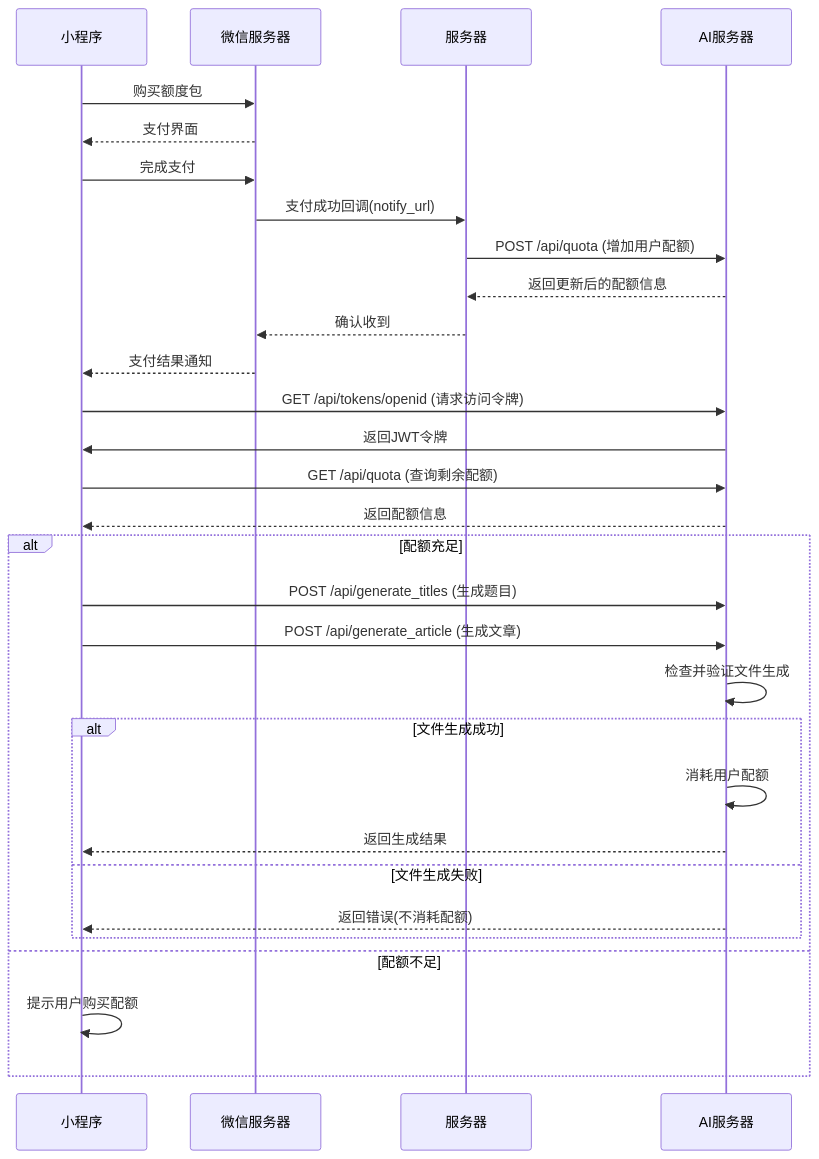
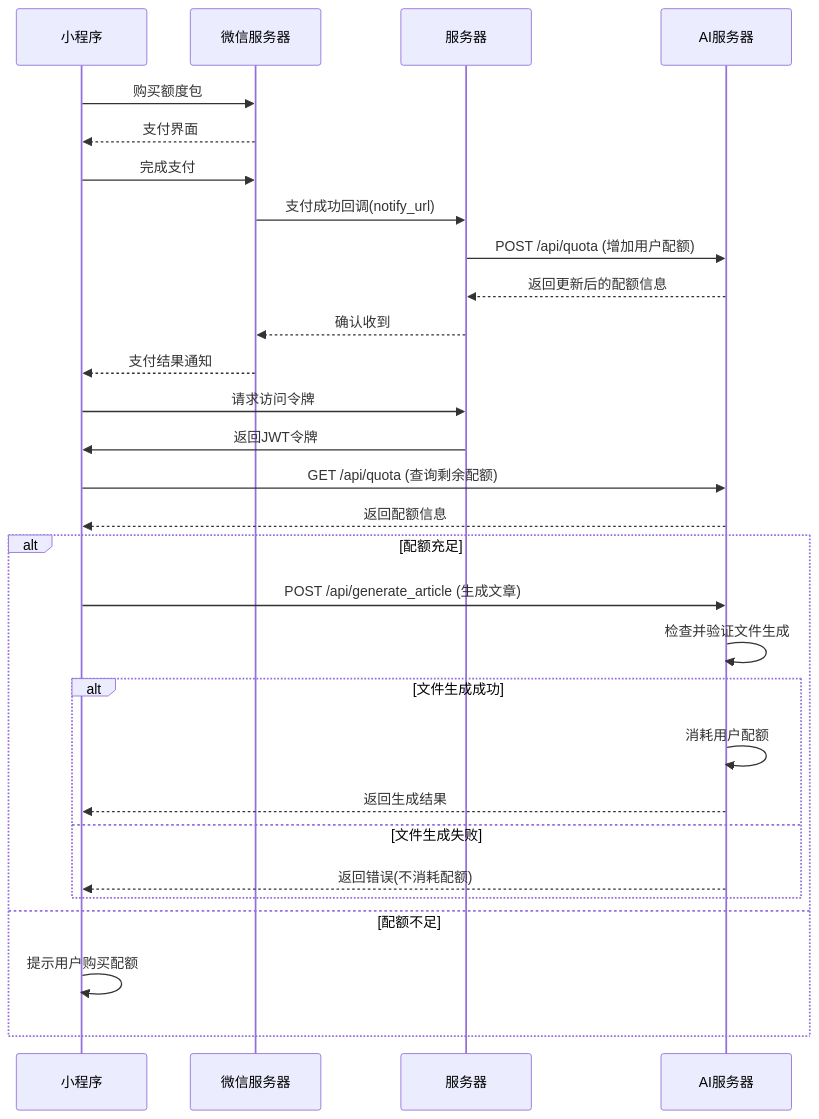
One commit to cnluocj/yilu-api changed the diagram in README-quota.md. Above: the diagram before and after it, drawn with Mermaid. The commit also changed other lines of this file and 1 other file, not shown here.

````diff
--- a/README-quota.md
+++ b/README-quota.md
@@ -5,37 +5,36 @@
 ```mermaid
 sequenceDiagram
     participant 小程序
     participant 微信服务器
     participant 服务器
     participant AI服务器
 
     %% 购买额度流程
     小程序->>微信服务器: 购买额度包
     微信服务器-->>小程序: 支付界面
     小程序->>微信服务器: 完成支付
     微信服务器->>服务器: 支付成功回调(notify_url)
     服务器->>AI服务器: POST /api/quota (增加用户配额)
     AI服务器-->>服务器: 返回更新后的配额信息
     服务器-->>微信服务器: 确认收到
     微信服务器-->>小程序: 支付结果通知
 
     %% 使用服务流程
-    小程序->>AI服务器: GET /api/tokens/openid (请求访问令牌)
-    AI服务器->>小程序: 返回JWT令牌
+    小程序->>服务器: 请求访问令牌
+    服务器->>小程序: 返回JWT令牌
     小程序->>AI服务器: GET /api/quota (查询剩余配额)
     AI服务器-->>小程序: 返回配额信息
     
     alt 配额充足
-    		小程序->>AI服务器: POST /api/generate_titles (生成题目)
         小程序->>AI服务器: POST /api/generate_article (生成文章)
         AI服务器->>AI服务器: 检查并验证文件生成
         alt 文件生成成功
             AI服务器->>AI服务器: 消耗用户配额
             AI服务器-->>小程序: 返回生成结果
         else 文件生成失败
             AI服务器-->>小程序: 返回错误(不消耗配额)
         end
     else 配额不足
         小程序->>小程序: 提示用户购买配额
     end
 ```
````
